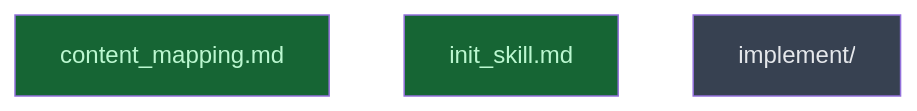
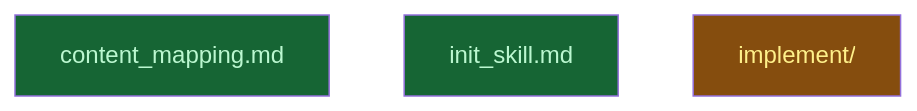
Before and after one commit to CrackingShells/cracking-shells-playbook: the diagram in __roadmap__/create-committing-changes-skill/README.md, drawn with Mermaid. The commit also changed other lines of this file, not shown here.

Commit message:
chore(committing-changes): mark implement/ in progress

````diff
--- a/__roadmap__/create-committing-changes-skill/README.md
+++ b/__roadmap__/create-committing-changes-skill/README.md
@@ -33,11 +33,11 @@
 ```mermaid
 graph TD
     content_mapping[content_mapping.md]:::done
     init_skill[init_skill.md]:::done
-    implement[implement/]:::planned
+    implement[implement/]:::inprogress
     classDef done fill:#166534,color:#bbf7d0
     classDef inprogress fill:#854d0e,color:#fef08a
     classDef planned fill:#374151,color:#e5e7eb
     classDef amendment fill:#1e3a5f,color:#bfdbfe
     classDef blocked fill:#7f1d1d,color:#fecaca
 ```
````
